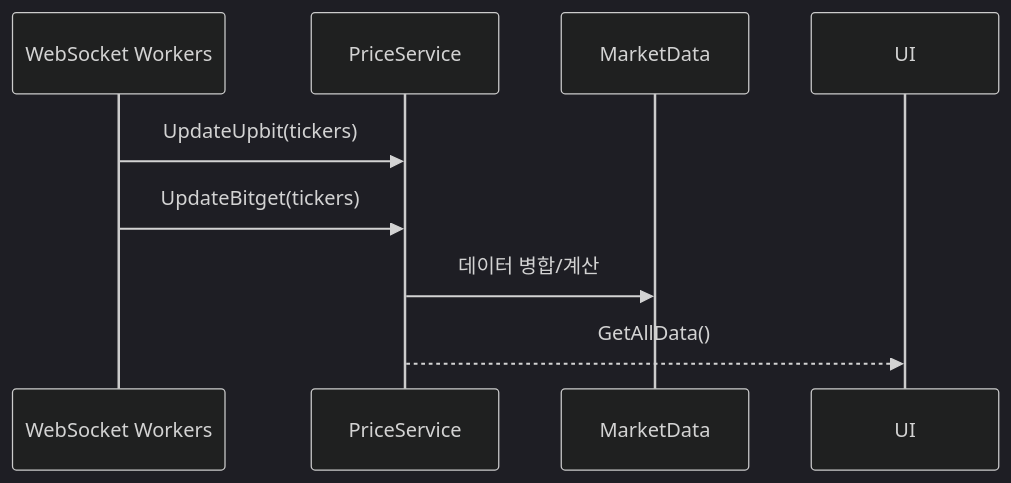
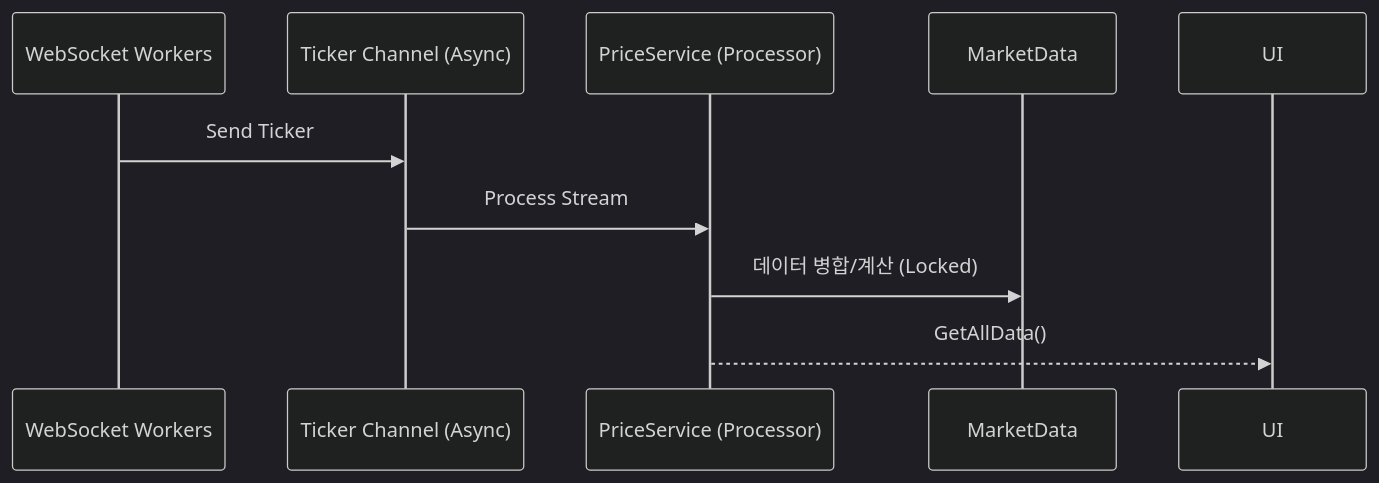
Before and after one commit to chycee/CryptoMonitor: the second of 2 diagrams in docs/ARCHITECTURE.md, drawn with Mermaid (dark theme). The commit also changed 17 other files, not shown here.

Commit message:
initial commit: CryptoMonitor v1.0.1 (Architecture & Docs Consolidated)

````diff
--- a/docs/ARCHITECTURE.md
+++ b/docs/ARCHITECTURE.md
@@ -77,11 +77,12 @@
 ```mermaid
 sequenceDiagram
     participant WS as WebSocket Workers
-    participant SVC as PriceService
+    participant CH as Ticker Channel (Async)
+    participant SVC as PriceService (Processor)
     participant DOM as MarketData
     
-    WS->>SVC: UpdateUpbit(tickers)
-    WS->>SVC: UpdateBitget(tickers)
-    SVC->>DOM: 데이터 병합/계산
+    WS->>CH: Send Ticker
+    CH->>SVC: Process Stream
+    SVC->>DOM: 데이터 병합/계산 (Locked)
     SVC-->>UI: GetAllData()
 ```
````
